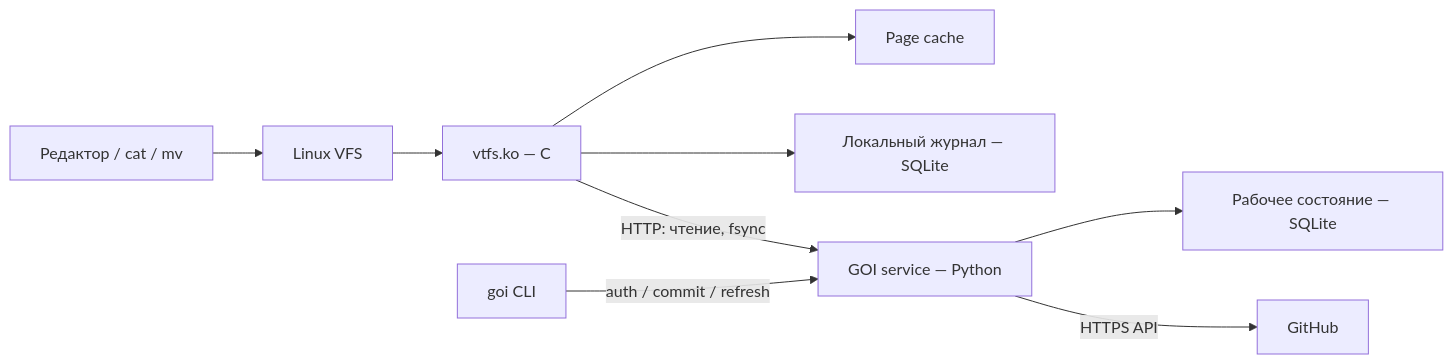
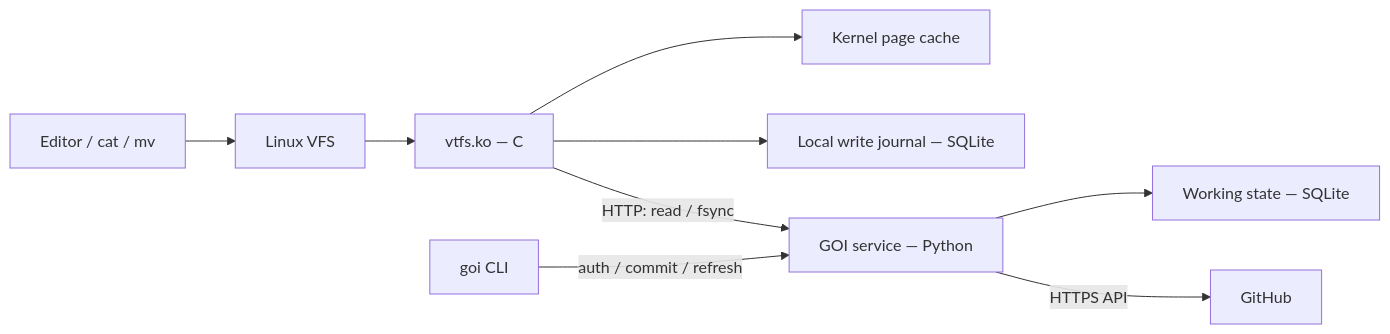
Before and after one commit to TheGeniusOfEternity/goi: the diagram in README.md, drawn with Mermaid. The commit also changed other lines of this file and 7 other files, not shown here.

````diff
--- a/README.md
+++ b/README.md
@@ -25,11 +28,11 @@
 ```mermaid
 flowchart LR
-  Editor["Редактор / cat / mv"] --> VFS["Linux VFS"]
-  VFS --> Module["vtfs.ko — C"]
-  Module --> RAM["Page cache"]
-  Module --> Journal["Локальный журнал — SQLite"]
-  Module -->|HTTP: чтение, fsync| Server["GOI service — Python"]
-  CLI["goi CLI"] -->|auth / commit / refresh| Server
-  Server --> DB["Рабочее состояние — SQLite"]
-  Server -->|HTTPS API| GitHub["GitHub"]
+    App["Editor / cat / mv"] --> VFS["Linux VFS"]
+    VFS --> Module["vtfs.ko — C"]
+    Module --> Cache["Kernel page cache"]
+    Module --> Journal["Local write journal — SQLite"]
+    Module -->|HTTP: read / fsync| Service["GOI service — Python"]
+    CLI["goi CLI"] -->|auth / commit / refresh| Service
+    Service --> Database["Working state — SQLite"]
+    Service -->|HTTPS API| GitHub["GitHub"]
 ```
````
